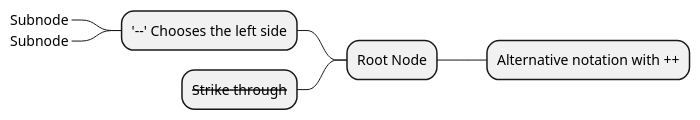
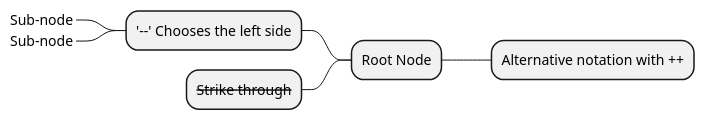
Diagram 29 of 32 in uml_markdown_summary.md (chraxo/UmlMarkdownCheatSheet), drawn with PlantUML before and after one commit. The commit also changed other lines of this file, not shown here.

```diff
--- a/uml_markdown_summary.md
+++ b/uml_markdown_summary.md
@@ -993,9 +1116,9 @@
 @startmindmap
 
 + Root Node
 ++ Alternative notation with ++
 -- '--' Chooses the left side
----_ Subnode
----_ Subnode
+---_ Sub-node
+---_ Sub-node
 -- <s>Strike through</s>
 @endmindmap
```
